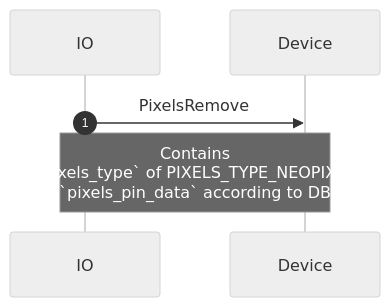
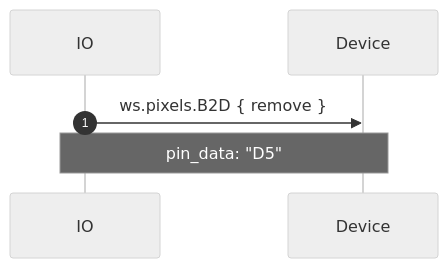
Before and after one commit to adafruit/Wippersnapper_Protobuf: the fourth of 10 diagrams in proto/wippersnapper/docs/pixels.md, drawn with Mermaid (neutral theme). The commit also changed other lines of this file and 10 other files, not shown here.

````diff
--- a/proto/wippersnapper/docs/pixels.md
+++ b/proto/wippersnapper/docs/pixels.md
@@ -48,6 +106,6 @@
 ```mermaid
 sequenceDiagram
 autonumber
-IO->>Device: PixelsRemove
-Note over IO, Device: Contains<br> `pixels_type` of PIXELS_TYPE_NEOPIXEL<br>`pixels_pin_data` according to DB
+IO->>Device: ws.pixels.B2D { remove }
+Note over IO, Device: pin_data: "D5"
 ```
````
